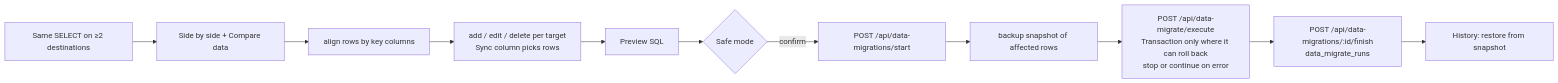
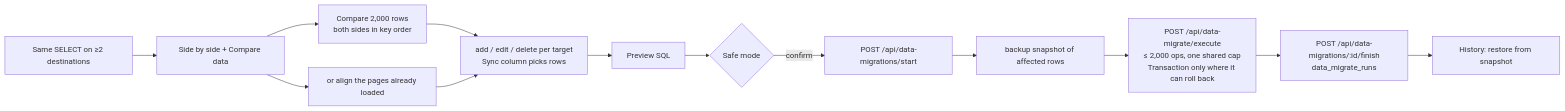
One commit to tedious-code/foxSchema changed the sixth of 12 diagrams in docs/FEATURE_MAP.md. Above: the diagram before and after it, drawn with Mermaid. The commit also changed other lines of this file and 7 other files, not shown here.

````diff
--- a/docs/FEATURE_MAP.md
+++ b/docs/FEATURE_MAP.md
@@ -247,13 +251,15 @@
 ```mermaid
 flowchart LR
   A[Same SELECT on ≥2 destinations] --> B[Side by side + Compare data]
-  B --> C[align rows by key columns]
-  C --> D[add / edit / delete per target<br/>Sync column picks rows]
+  B --> W["Compare 2,000 rows<br/>both sides in key order"]
+  B --> C[or align the pages already loaded]
+  W --> D[add / edit / delete per target<br/>Sync column picks rows]
+  C --> D
   D --> E[Preview SQL]
   E --> F{Safe mode}
   F -- confirm --> G[POST /api/data-migrations/start]
   G --> H[backup snapshot of affected rows]
-  H --> I[POST /api/data-migrate/execute<br/>Transaction only where it can roll back<br/>stop or continue on error]
+  H --> I["POST /api/data-migrate/execute<br/>≤ 2,000 ops, one shared cap<br/>Transaction only where it can roll back"]
   I --> J[POST /api/data-migrations/:id/finish<br/>data_migrate_runs]
   J --> K[History: restore from snapshot]
 ```
````
